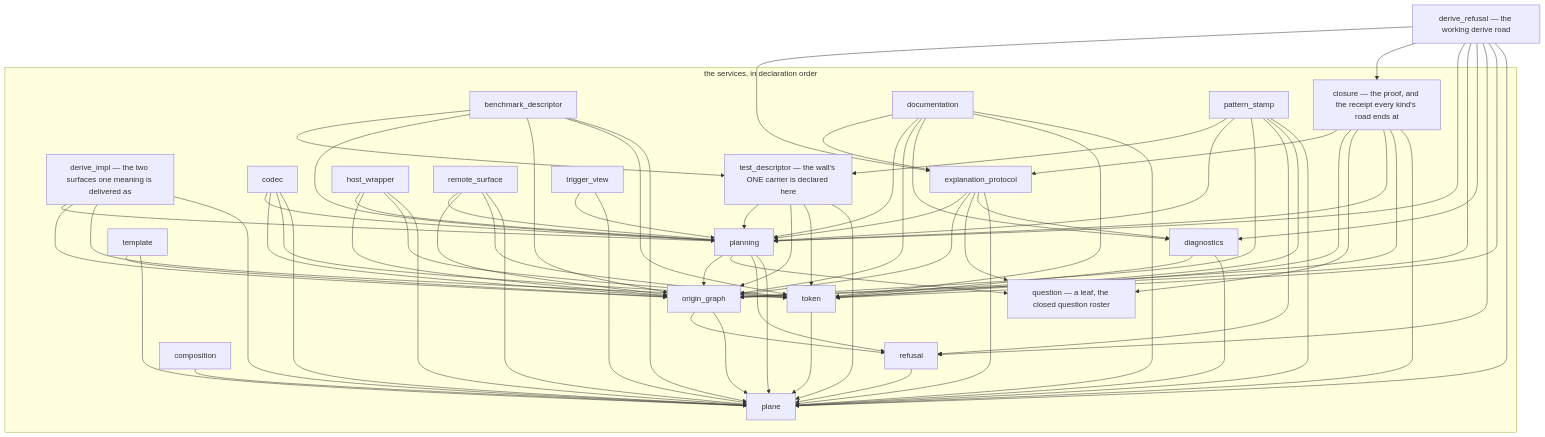
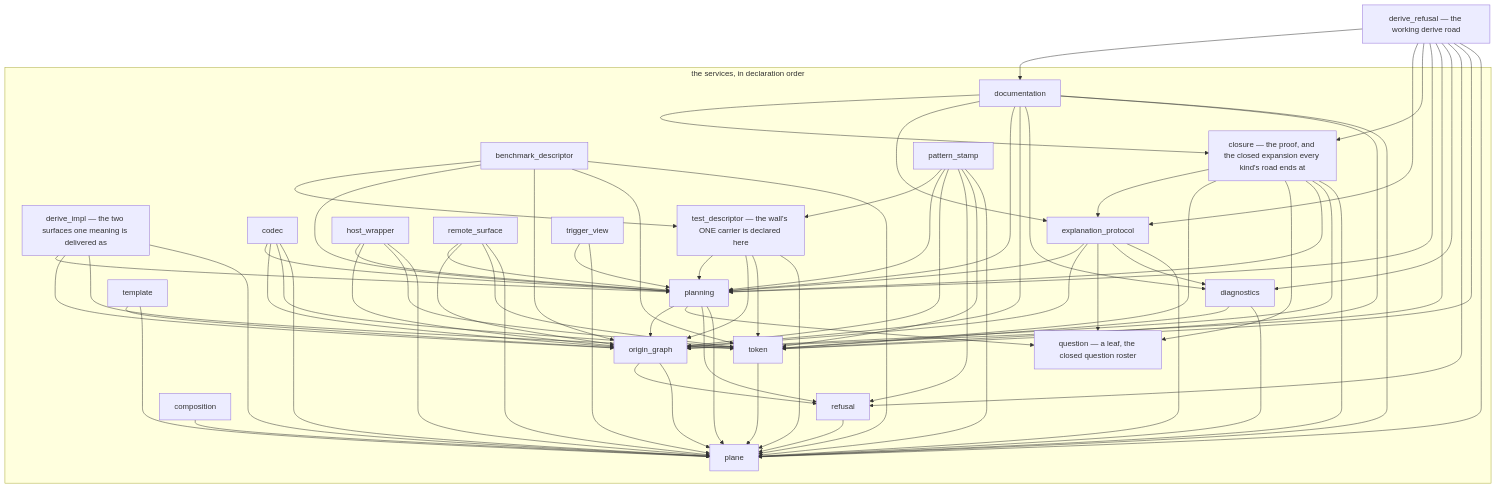
The second of 2 diagrams in macros/macroc/README.md (freebatteryfactory/Macroonz), drawn with Mermaid before and after one commit. The commit also changed other lines of this file and 62 other files, not shown here.

````diff
--- a/macros/macroc/README.md
+++ b/macros/macroc/README.md
@@ -104,77 +113,79 @@
 ```mermaid
 flowchart TD
     subgraph SVC["the services, in declaration order"]
         TOK["token"] --> PLN["plane"]
         REF["refusal"] --> PLN
         DIA["diagnostics"] --> PLN
         DIA --> TOK
         QUE["question — a leaf, the closed question roster"]
         OG["origin_graph"] --> PLN
         OG --> REF
         PLAN["planning"] --> PLN
         PLAN --> REF
         PLAN --> QUE
         PLAN --> OG
         DI["derive_impl — the two surfaces one meaning is delivered as"] --> PLN
         DI --> TOK
         DI --> OG
         DI --> PLAN
         COD["codec"] --> PLN
         COD --> TOK
         COD --> OG
         COD --> PLAN
         TD["test_descriptor — the wall's ONE carrier is declared here"] --> PLN
         TD --> TOK
         TD --> OG
         TD --> PLAN
         BD["benchmark_descriptor"] --> PLN
         BD --> TOK
         BD --> OG
         BD --> PLAN
         BD --> TD
         HW["host_wrapper"] --> PLN
         HW --> TOK
         HW --> OG
         HW --> PLAN
         RS["remote_surface"] --> PLN
         RS --> TOK
         RS --> OG
         RS --> PLAN
         EXP["explanation_protocol"] --> PLN
         EXP --> DIA
         EXP --> QUE
         EXP --> OG
         EXP --> PLAN
-        CLO["closure — the proof, and the receipt every kind's road ends at"] --> PLN
+        CLO["closure — the proof, and the closed expansion every kind's road ends at"] --> PLN
         CLO --> OG
         CLO --> PLAN
         CLO --> QUE
         CLO --> TOK
         CLO --> EXP
         DOC["documentation"] --> PLN
         DOC --> TOK
         DOC --> DIA
         DOC --> OG
         DOC --> PLAN
         DOC --> EXP
+        DOC --> CLO
         TPL["template"] --> PLN
         TPL --> OG
         TV["trigger_view"] --> PLN
         TV --> PLAN
         CMP["composition"] --> PLN
         PS["pattern_stamp"] --> PLN
         PS --> TOK
         PS --> REF
         PS --> OG
         PS --> PLAN
         PS --> TD
     end
     DR["derive_refusal — the working derive road"] --> PLN
     DR --> TOK
     DR --> REF
     DR --> DIA
     DR --> OG
     DR --> PLAN
     DR --> CLO
     DR --> EXP
+    DR --> DOC
 ```
````
